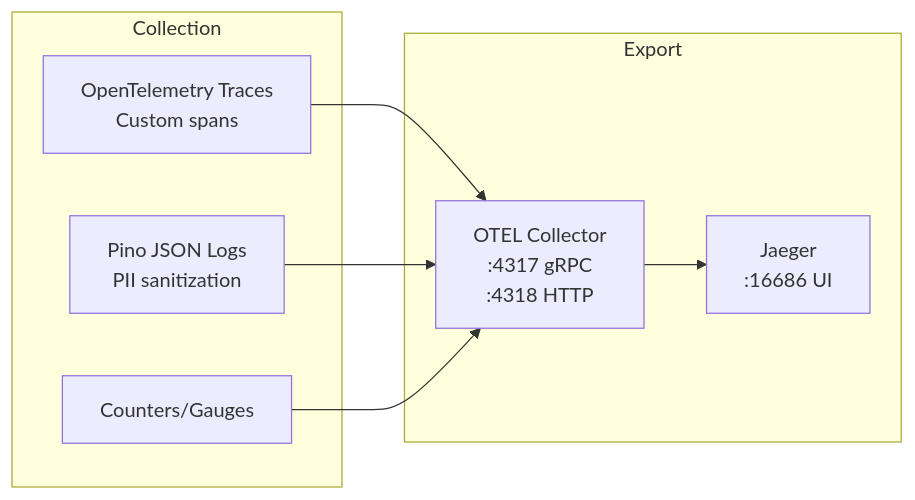
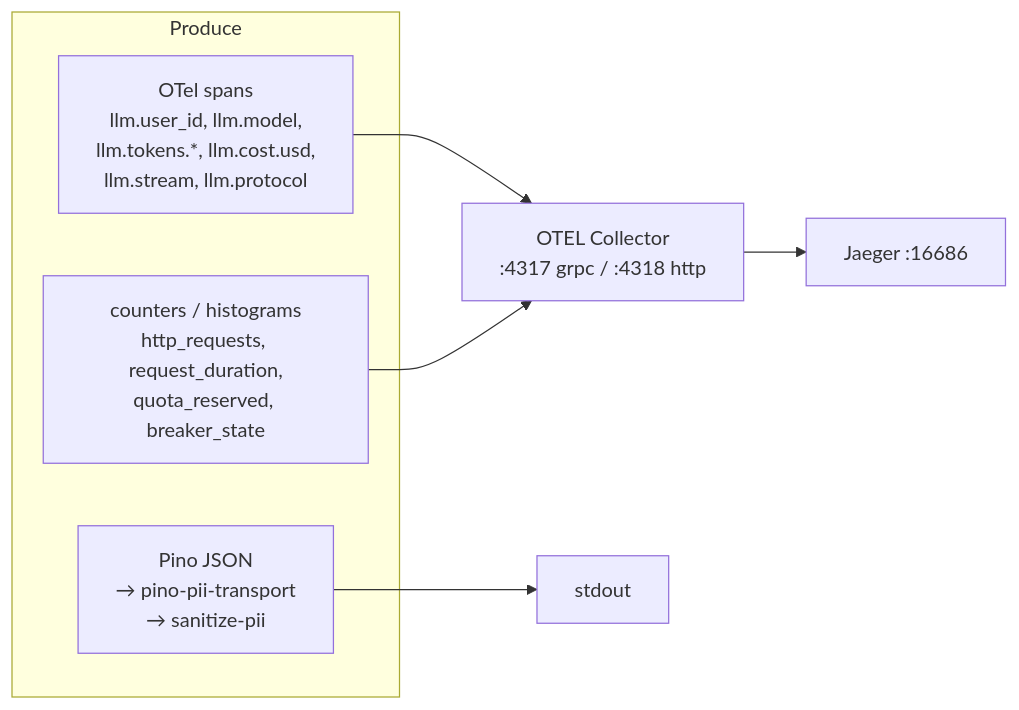
One commit to felixti/llm-gateway changed the ninth of 9 diagrams in docs/architecture.md. Above: the diagram before and after it, drawn with Mermaid. The commit also changed other lines of this file and 2 other files, not shown here.

````diff
--- a/docs/architecture.md
+++ b/docs/architecture.md
@@ -271,18 +324,13 @@
 ```mermaid
 graph LR
-    subgraph Collection
-        TRACES["OpenTelemetry Traces<br/>Custom spans"]
-        LOGS["Pino JSON Logs<br/>PII sanitization"]
-        METRICS["Counters/Gauges"]
+    subgraph Produce
+        TRACES[OTel spans<br/>llm.user_id, llm.model,<br/>llm.tokens.*, llm.cost.usd,<br/>llm.stream, llm.protocol]
+        LOGS[Pino JSON<br/>→ pino-pii-transport<br/>→ sanitize-pii]
+        METRICS[counters / histograms<br/>http_requests, request_duration,<br/>quota_reserved, breaker_state]
     end
-
-    subgraph Export
-        OTEL["OTEL Collector<br/>:4317 gRPC<br/>:4318 HTTP"]
-        JAEGER["Jaeger<br/>:16686 UI"]
-    end
-
-    TRACES --> OTEL
-    LOGS --> OTEL
-    METRICS --> OTEL
-    OTEL --> JAEGER
+    TRACES --> OTLP
+    METRICS --> OTLP
+    OTLP[OTEL Collector<br/>:4317 grpc / :4318 http]
+    OTLP --> JAEGER[Jaeger :16686]
+    LOGS --> STDOUT[stdout]
 ```
````
